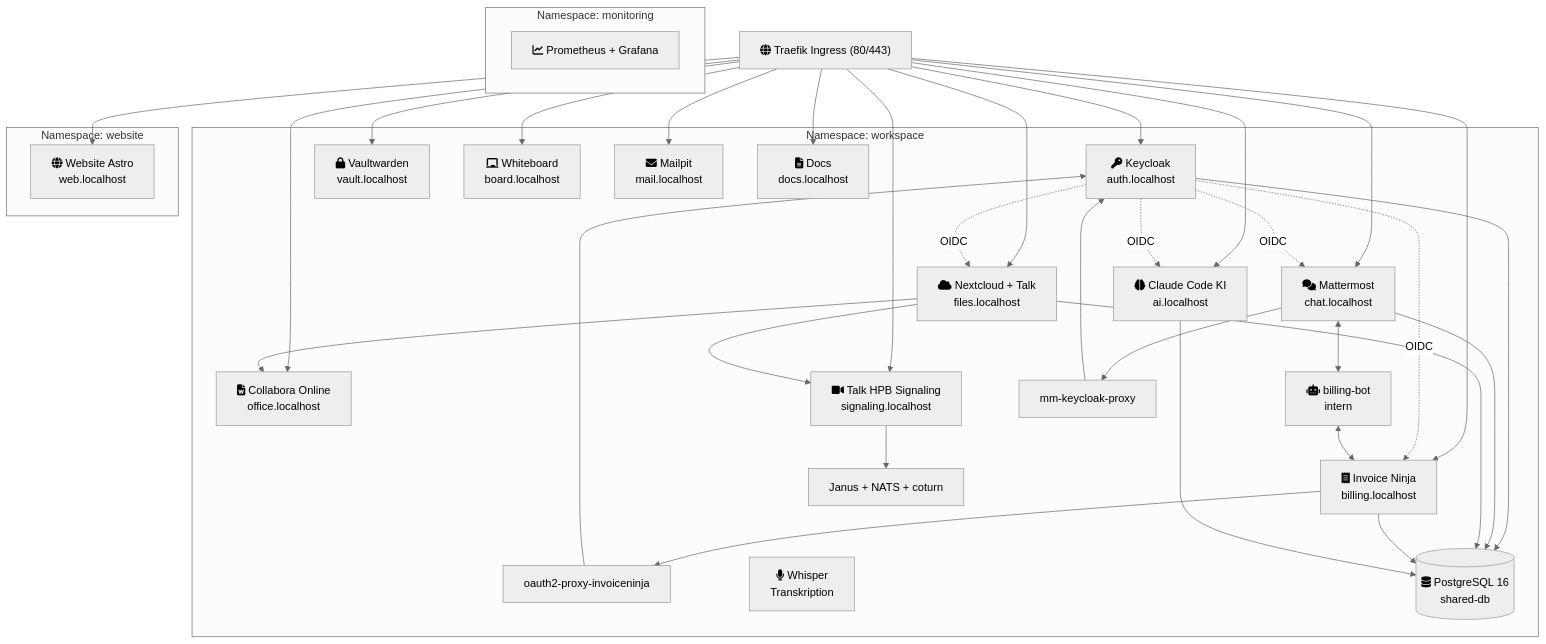
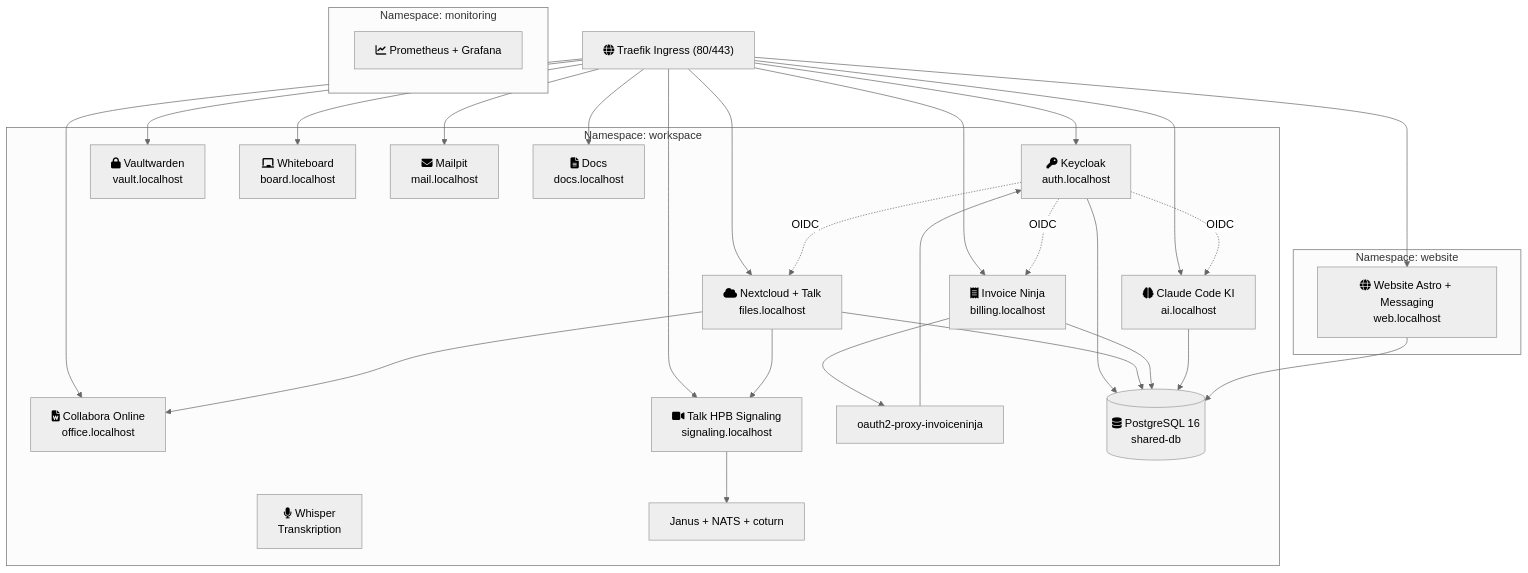
One commit to Paddione/Bachelorprojekt changed the diagram in CLAUDE.md. Above: the diagram before and after it, drawn with Mermaid (neutral theme). The commit also changed other lines of this file and 49 other files, not shown here.

First line of the commit message:
feat(messaging): remove Mattermost/billing-bot, add custom messaging + unread notifications (#131)

````diff
--- a/CLAUDE.md
+++ b/CLAUDE.md
@@ -127,44 +119,39 @@
 ```mermaid
 graph TB
     Traefik["fa:fa-globe Traefik Ingress (80/443)"]
 
     subgraph workspace ["Namespace: workspace"]
         KC["fa:fa-key Keycloak<br/>auth.localhost"]
-        MM["fa:fa-comments Mattermost<br/>chat.localhost"]
         NC["fa:fa-cloud Nextcloud + Talk<br/>files.localhost"]
         CO["fa:fa-file-word Collabora Online<br/>office.localhost"]
         HPB["fa:fa-video Talk HPB Signaling<br/>signaling.localhost"]
         OC["fa:fa-brain Claude Code KI<br/>ai.localhost"]
         IN["fa:fa-receipt Invoice Ninja<br/>billing.localhost"]
         VW["fa:fa-lock Vaultwarden<br/>vault.localhost"]
         WB["fa:fa-chalkboard Whiteboard<br/>board.localhost"]
         MP["fa:fa-envelope Mailpit<br/>mail.localhost"]
         DOCS["fa:fa-file-lines Docs<br/>docs.localhost"]
-        BB["fa:fa-robot billing-bot<br/>intern"]
-        PROXY[mm-keycloak-proxy]
         OAUTH[oauth2-proxy-invoiceninja]
         WHISPER["fa:fa-microphone Whisper<br/>Transkription"]
         JANUS[Janus + NATS + coturn]
         DB[("fa:fa-database PostgreSQL 16<br/>shared-db")]
     end
 
     subgraph website-ns ["Namespace: website"]
-        WEB["fa:fa-globe Website Astro<br/>web.localhost"]
+        WEB["fa:fa-globe Website Astro + Messaging<br/>web.localhost"]
     end
 
     subgraph monitoring-ns ["Namespace: monitoring"]
         PROM["fa:fa-chart-line Prometheus + Grafana"]
     end
 
-    Traefik --> KC & MM & NC & CO & HPB & OC & IN & VW & WB & MP & DOCS & WEB
+    Traefik --> KC & NC & CO & HPB & OC & IN & VW & WB & MP & DOCS & WEB
 
-    KC -. OIDC .-> MM & NC & IN & OC
-    PROXY --> KC
-    MM --> PROXY
+    KC -. OIDC .-> NC & IN & OC
     OAUTH --> KC
     IN --> OAUTH
-    MM <--> BB <--> IN
     NC --> CO
     NC --> HPB --> JANUS
-    KC & MM & NC & IN & OC --> DB
+    KC & NC & IN & OC --> DB
+    WEB --> DB
 ```
````
